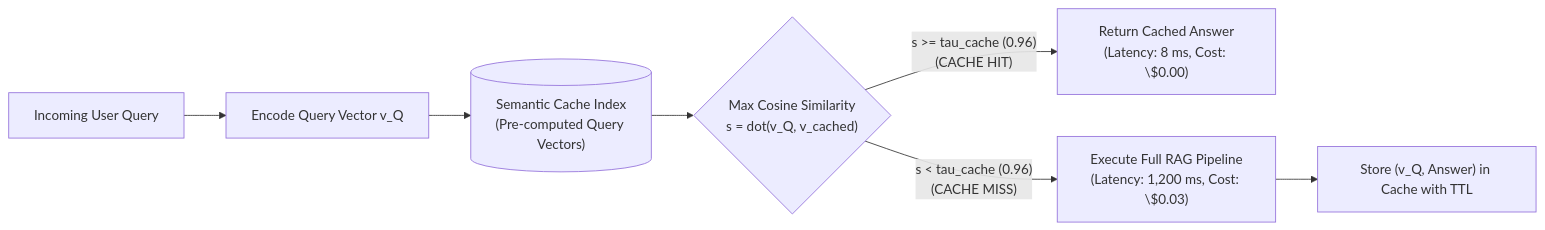
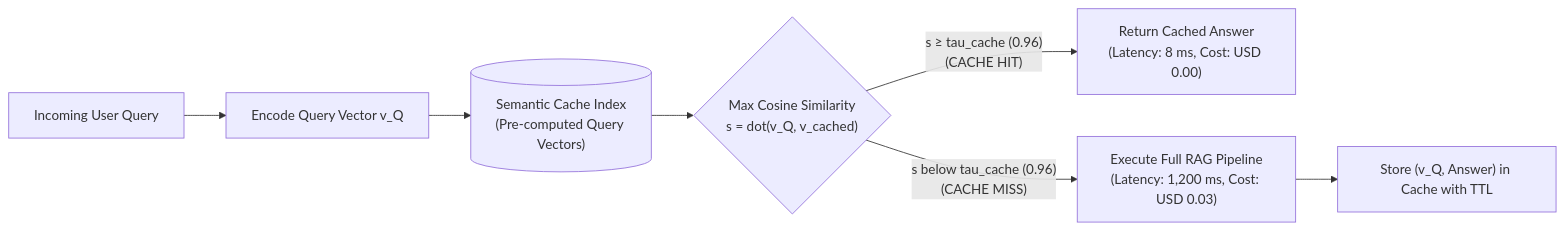
One commit to divyansh070/ml_notes changed the fourth of 5 diagrams in rag-guide/07-evaluation-production.md. Above: the diagram before and after it, drawn with Mermaid. The commit also changed other lines of this file and 2 other files, not shown here.

Commit message:
fix(rag-guide): fix GitHub math and Mermaid rendering in phases 05, 06, and 07

````diff
--- a/rag-guide/07-evaluation-production.md
+++ b/rag-guide/07-evaluation-production.md
@@ -312,11 +312,11 @@
 ```mermaid
 flowchart LR
     Q["Incoming User Query"] --> EMBED["Encode Query Vector v_Q"]
-    EMBED --> CACHE[("Semantic Cache Index<br>(Pre-computed Query Vectors)")]
+    EMBED --> CACHE[("Semantic Cache Index<br/>(Pre-computed Query Vectors)")]
     
-    CACHE --> SIM{"Max Cosine Similarity<br>s = dot(v_Q, v_cached)"}
+    CACHE --> SIM{"Max Cosine Similarity<br/>s = dot(v_Q, v_cached)"}
     
-    SIM -->|"s >= tau_cache (0.96)<br>(CACHE HIT)"| RET_CACHE["Return Cached Answer<br>(Latency: 8 ms, Cost: \$0.00)"]
-    SIM -->|"s < tau_cache (0.96)<br>(CACHE MISS)"| FULL_RAG["Execute Full RAG Pipeline<br>(Latency: 1,200 ms, Cost: \$0.03)"]
+    SIM -->|"s ≥ tau_cache (0.96)<br/>(CACHE HIT)"| RET_CACHE["Return Cached Answer<br/>(Latency: 8 ms, Cost: USD 0.00)"]
+    SIM -->|"s below tau_cache (0.96)<br/>(CACHE MISS)"| FULL_RAG["Execute Full RAG Pipeline<br/>(Latency: 1,200 ms, Cost: USD 0.03)"]
     FULL_RAG --> STORE["Store (v_Q, Answer) in Cache with TTL"]
 ```
````
